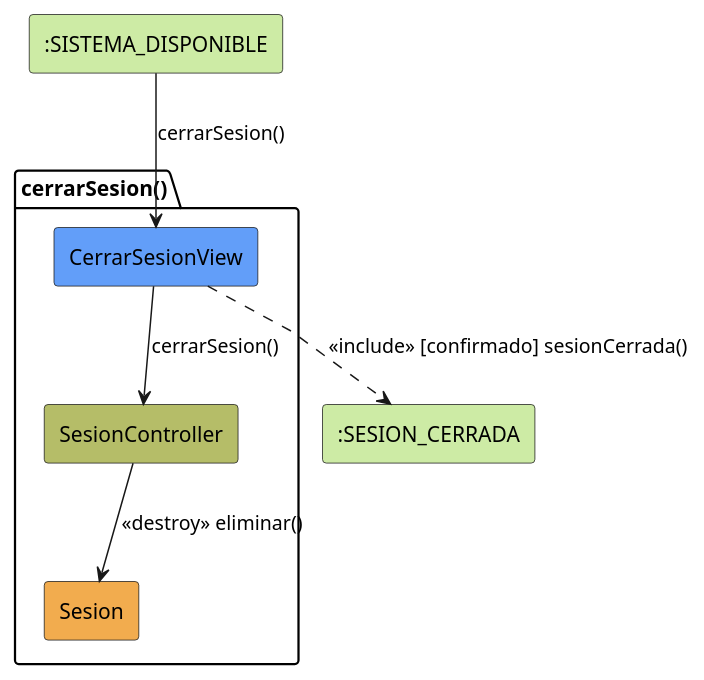
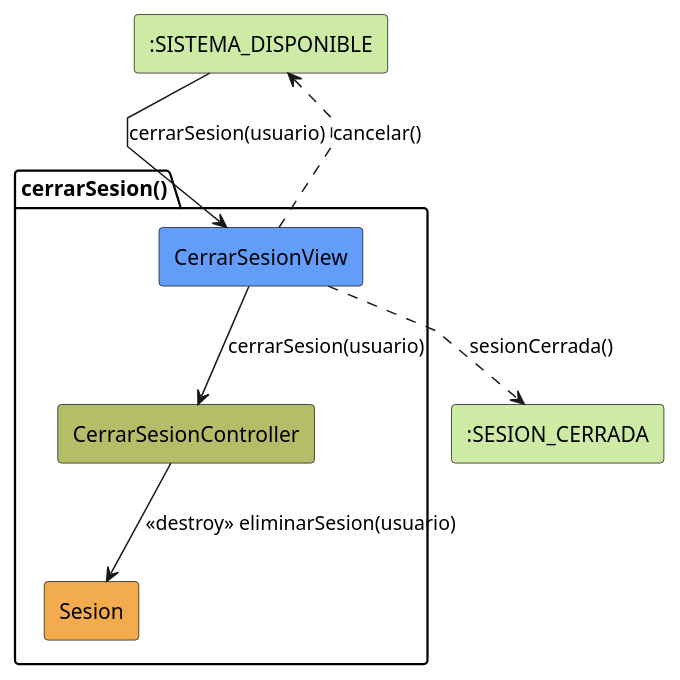
The diagram in modelosUML/analisis/cerrarSesion/colaboracion.puml (Pareyor/25-26-idsw2-sdVC), drawn with PlantUML before and after one commit. The commit also changed 3 other files, not shown here.

Commit message:
fix: corrige cerrarSesion

```diff
--- a/modelosUML/analisis/cerrarSesion/colaboracion.puml
+++ b/modelosUML/analisis/cerrarSesion/colaboracion.puml
@@ -1,21 +1,22 @@
 @startuml cerrarSesion-analisis
 skinparam linetype polyline
 
 rectangle #CDEBA5 ":SISTEMA_DISPONIBLE" as SistemaDisponible
 rectangle #CDEBA5 ":SESION_CERRADA" as SesionCerrada
 
 package cerrarSesion as "cerrarSesion()" {
     rectangle #629EF9 CerrarSesionView
-    rectangle #b5bd68 SesionController
+    rectangle #b5bd68 CerrarSesionController
     rectangle #F2AC4E Sesion
 }
 
-SistemaDisponible --> CerrarSesionView: cerrarSesion()
+SistemaDisponible --> CerrarSesionView: cerrarSesion(usuario)
 
-CerrarSesionView -d-> SesionController: cerrarSesion()
+CerrarSesionView -d-> CerrarSesionController: cerrarSesion(usuario)
 
-SesionController --> Sesion: <<destroy>> eliminar()
+CerrarSesionController --> Sesion: <<destroy>> eliminarSesion(usuario)
 
-CerrarSesionView ..> SesionCerrada: <<include>> [confirmado] sesionCerrada()
+CerrarSesionView ..> SesionCerrada: sesionCerrada()
+CerrarSesionView ..> SistemaDisponible: cancelar()
 
 @enduml
```
